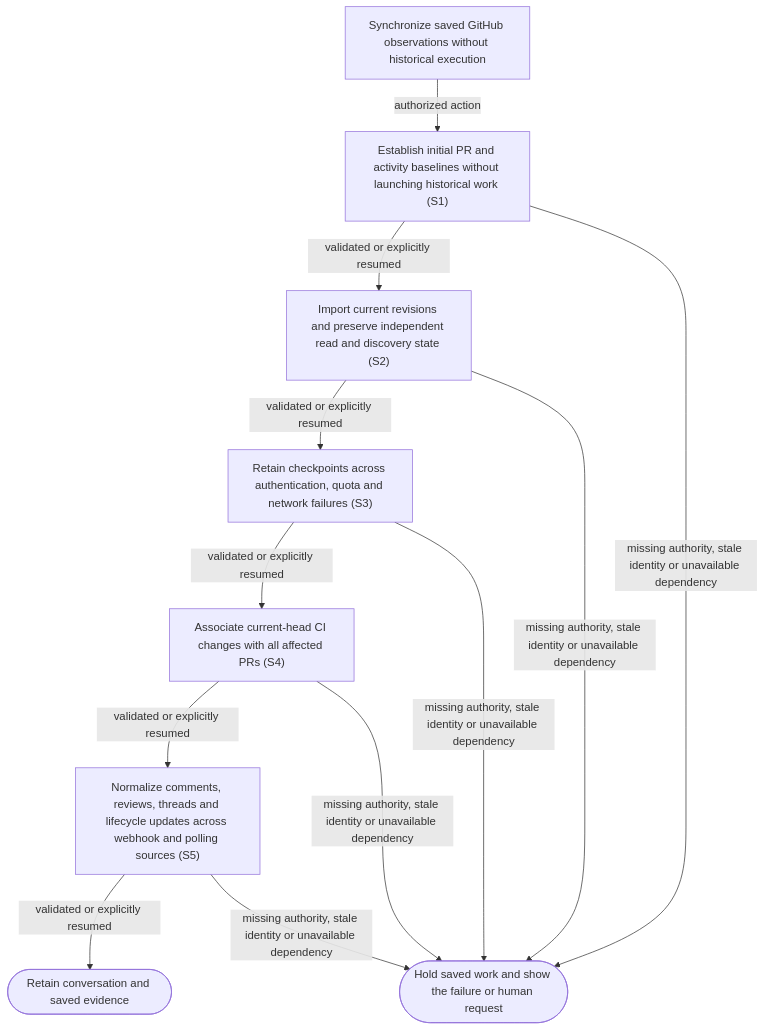
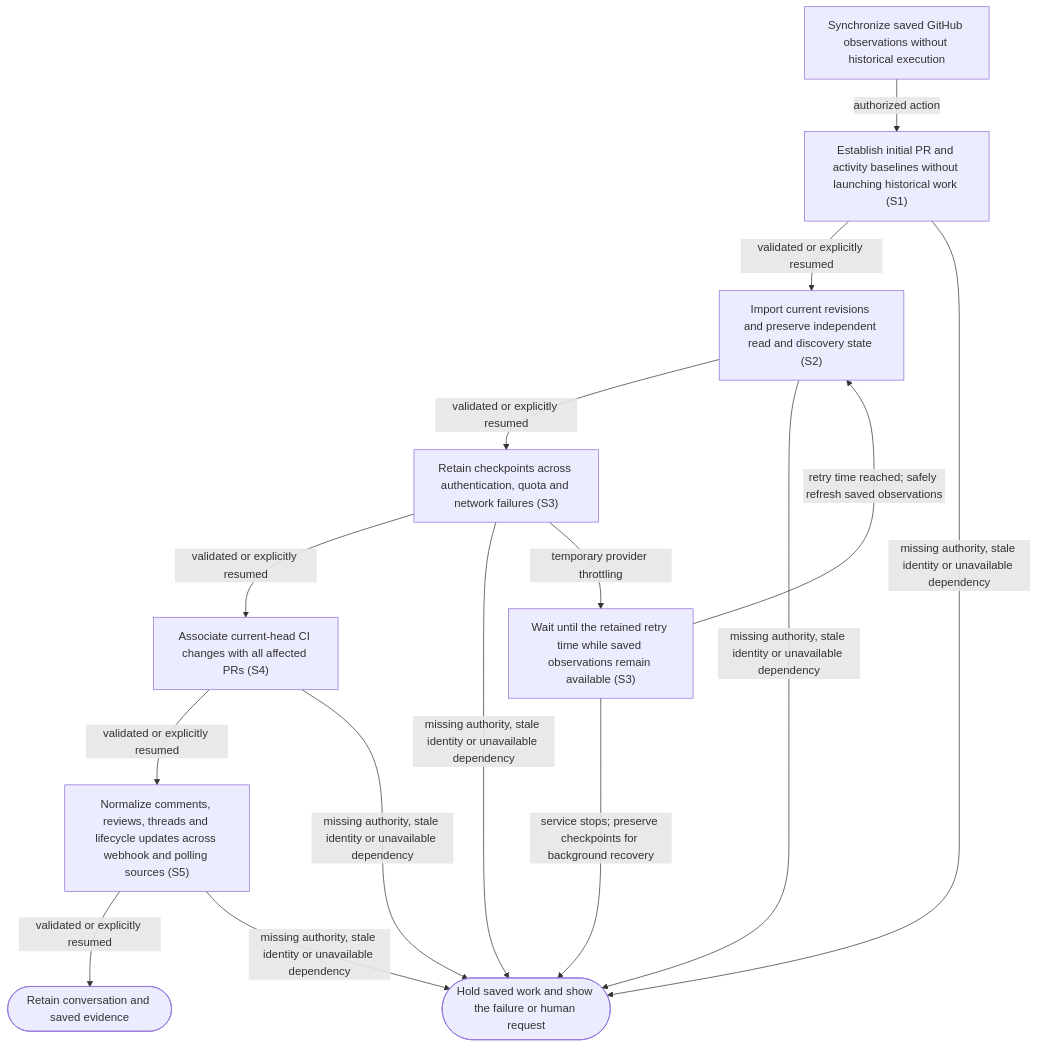
Before and after one commit to dk-code-factory/code-factory-plugin: the diagram in docs/user-flows/sync-inbox.md, drawn with Mermaid. The commit also changed other lines of this file and 38 other files, not shown here.

````diff
--- a/docs/user-flows/sync-inbox.md
+++ b/docs/user-flows/sync-inbox.md
@@ -47,22 +53,26 @@
 ```mermaid
 flowchart TD
     N0["Synchronize saved GitHub observations without historical execution"]
     N1["Establish initial PR and activity baselines without launching historical work #40;S1#41;"]
     N2["Import current revisions and preserve independent read and discovery state #40;S2#41;"]
     N3["Retain checkpoints across authentication, quota and network failures #40;S3#41;"]
     N4["Associate current-head CI changes with all affected PRs #40;S4#41;"]
     N5["Normalize comments, reviews, threads and lifecycle updates across webhook and polling sources #40;S5#41;"]
     N6(["Hold saved work and show the failure or human request"])
     N7(["Retain conversation and saved evidence"])
+    N8["Wait until the retained retry time while saved observations remain available #40;S3#41;"]
     N0 -->|"authorized action"| N1
     N1 -->|"validated or explicitly resumed"| N2
     N1 -->|"missing authority, stale identity or unavailable dependency"| N6
     N2 -->|"validated or explicitly resumed"| N3
     N2 -->|"missing authority, stale identity or unavailable dependency"| N6
     N3 -->|"validated or explicitly resumed"| N4
     N3 -->|"missing authority, stale identity or unavailable dependency"| N6
     N4 -->|"validated or explicitly resumed"| N5
     N4 -->|"missing authority, stale identity or unavailable dependency"| N6
     N5 -->|"validated or explicitly resumed"| N7
     N5 -->|"missing authority, stale identity or unavailable dependency"| N6
+    N3 -->|"temporary provider throttling"| N8
+    N8 -->|"retry time reached#59; safely refresh saved observations"| N2
+    N8 -->|"service stops#59; preserve checkpoints for background recovery"| N6
 ```
````
